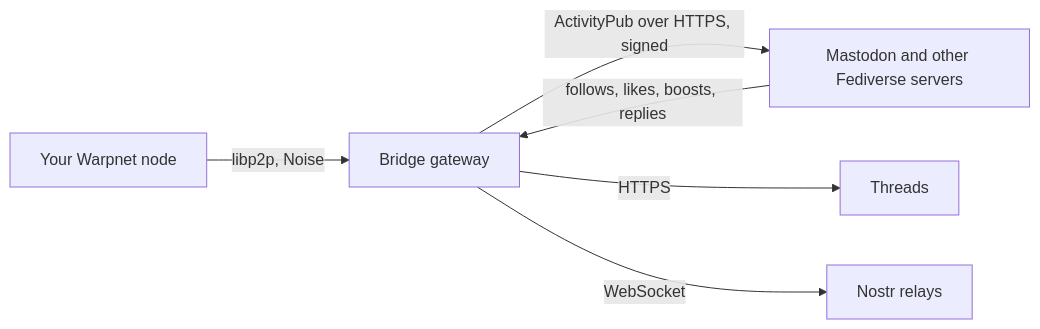
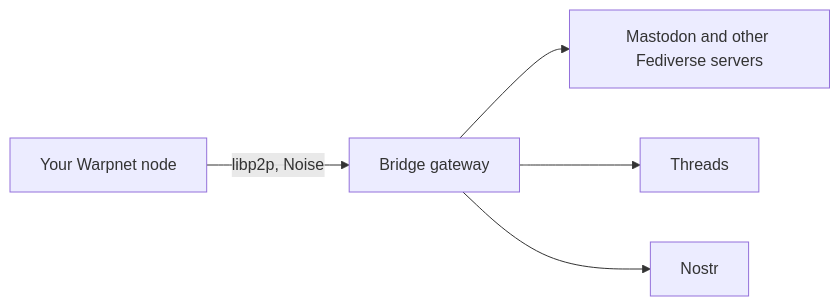
One commit to Warp-net/docs changed the diagram in bridge.md. Above: the diagram before and after it, drawn with Mermaid. The commit also changed other lines of this file and 49 other files, not shown here.

````diff
--- a/bridge.md
+++ b/bridge.md
@@ -22,8 +16,7 @@
 ```mermaid
 flowchart LR
     U["Your Warpnet node"] -- "libp2p, Noise" --> G["Bridge gateway"]
-    G -- "ActivityPub over HTTPS, signed" --> M["Mastodon and other Fediverse servers"]
-    G -- "HTTPS" --> T["Threads"]
-    G -- "WebSocket" --> N["Nostr relays"]
-    M -- "follows, likes, boosts, replies" --> G
+    G --> M["Mastodon and other Fediverse servers"]
+    G --> T["Threads"]
+    G --> N["Nostr"]
 ```
````
